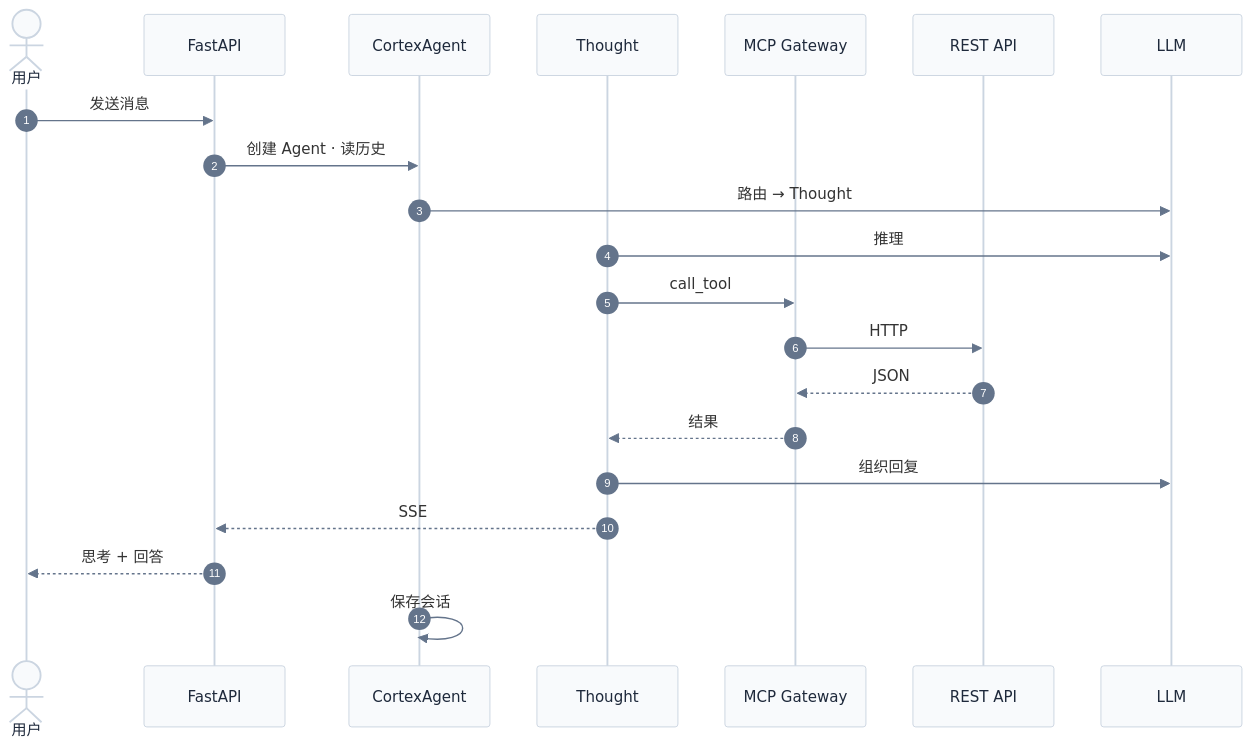
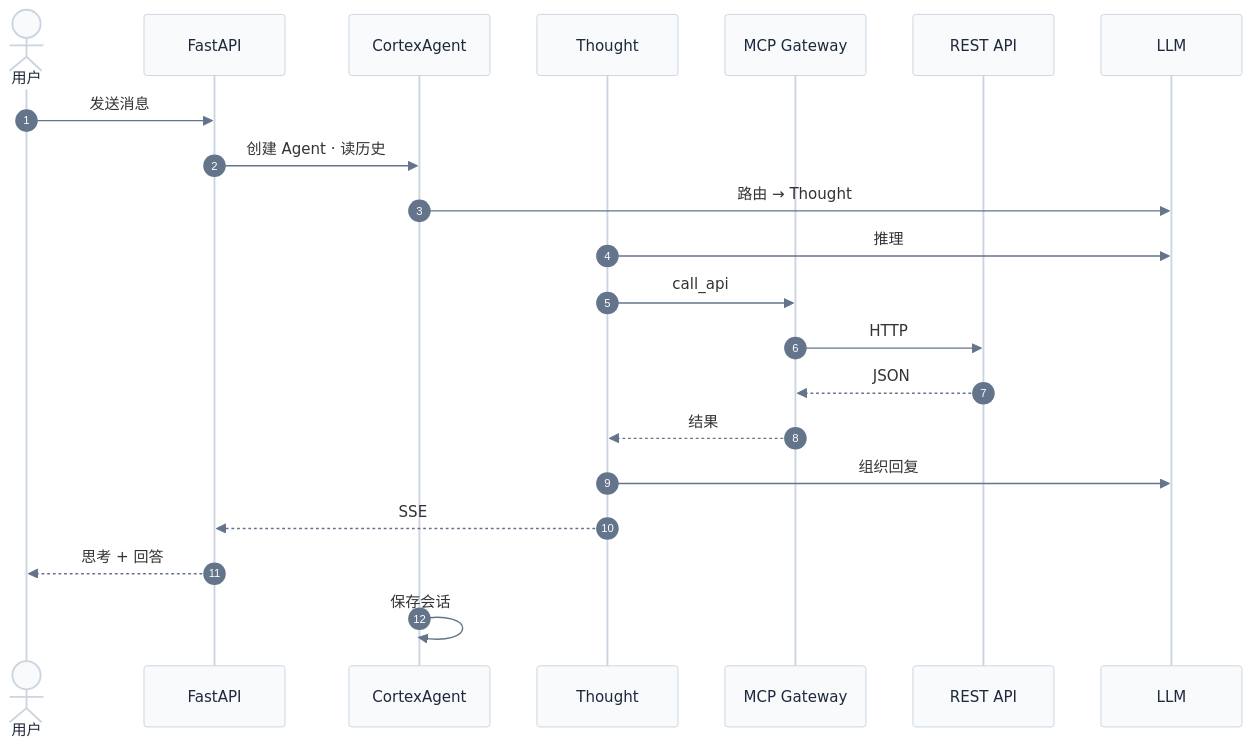
Before and after one commit to Zhong-y-j/Hubloom: the third of 4 diagrams in docs/Hubloom总体架构图.md, drawn with Mermaid. The commit also changed other lines of this file and 25 other files, not shown here.

First line of the commit message:
将业务元工具重命名为 list_api / call_api，并移除未使用的 MCPTool。

````diff
--- a/docs/Hubloom总体架构图.md
+++ b/docs/Hubloom总体架构图.md
@@ -118,27 +118,27 @@
 ```mermaid
 %%{init: {"theme":"base","themeVariables":{"background":"#ffffff","actorBkg":"#f8fafc","actorBorder":"#cbd5e1","actorTextColor":"#1e293b","signalColor":"#64748b","noteBkgColor":"#f0fdfa","noteBorderColor":"#99f6e4"}}}%%
 sequenceDiagram
     autonumber
     actor U as 用户
     participant F as FastAPI
     participant A as CortexAgent
     participant T as Thought
     participant G as MCP Gateway
     participant R as REST API
     participant L as LLM
 
     U->>F: 发送消息
     F->>A: 创建 Agent · 读历史
     A->>L: 路由 → Thought
 
     T->>L: 推理
-    T->>G: call_tool
+    T->>G: call_api
     G->>R: HTTP
     R-->>G: JSON
     G-->>T: 结果
     T->>L: 组织回复
 
     T-->>F: SSE
     F-->>U: 思考 + 回答
     A->>A: 保存会话
 ```
````
